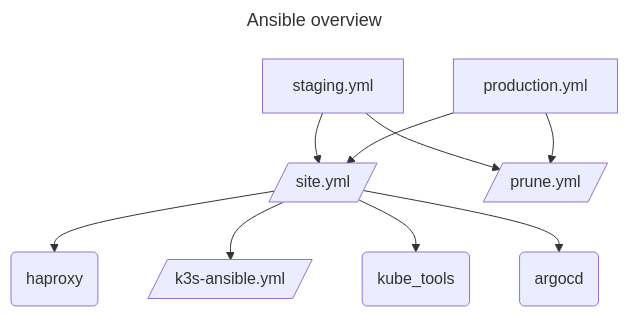
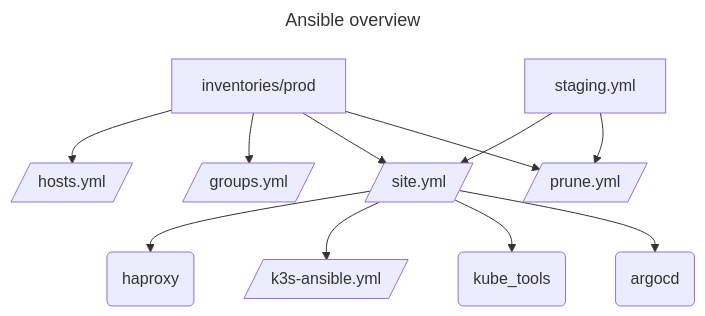
Before and after one commit to ruegerj/devops: the seventh of 7 diagrams in DOCUMENTATION.md, drawn with Mermaid.

Commit message:
update ansible overview diagram to match new prod inventory

````diff
--- a/DOCUMENTATION.md
+++ b/DOCUMENTATION.md
@@ -552,25 +552,29 @@
 ```mermaid
 ---
 title: Ansible overview
 ---
 flowchart TD
     staging_inventory[staging.yml]
-    production_inventory[production.yml]
+    production_hosts[/hosts.yml/]
+    production_groups[/groups.yml/]
+    production_inventory[inventories/prod]
     site[/site.yml/]
     prune[/prune.yml/]
     k3s-ansible[/k3s-ansible.yml/]
     argocd(argocd)
     haproxy(haproxy)
     kube_tools(kube_tools)
 
 
 
     staging_inventory --> site
+    production_inventory --> production_hosts
+    production_inventory --> production_groups
     production_inventory --> site
     staging_inventory --> prune
     production_inventory --> prune
     site --> haproxy
     site --> k3s-ansible
     site --> kube_tools
     site --> argocd
 ```
````
